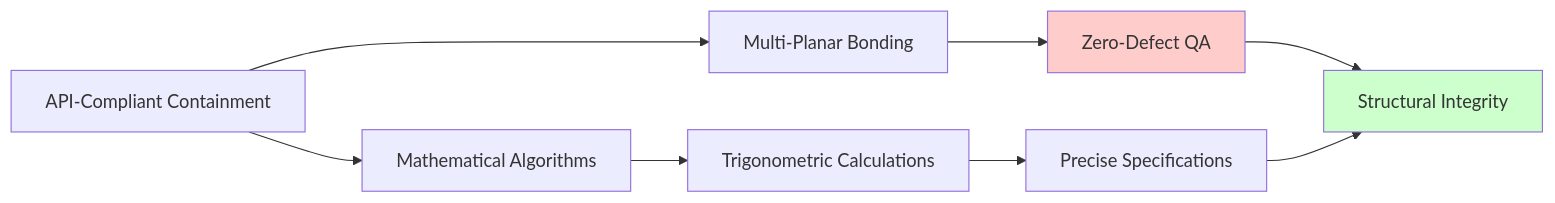
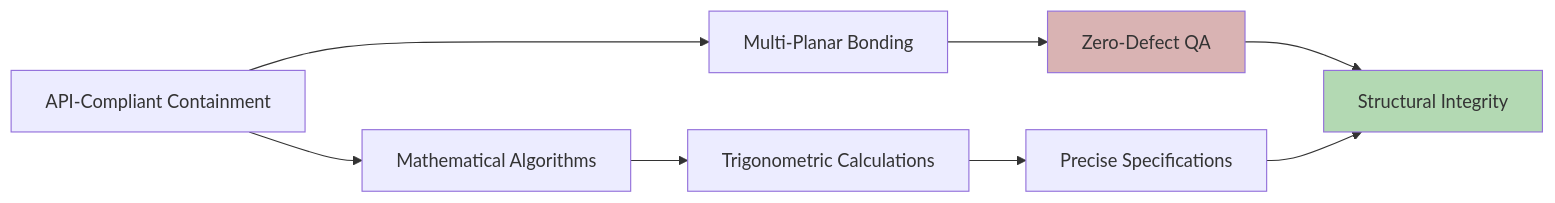
The third of 24 diagrams in README.md (Tim-Spurlin/RESUME-of-Timothy-Spurlin), drawn with Mermaid before and after one commit. The commit also changed other lines of this file, not shown here.

Commit message:
Replace bright Mermaid diagram colors with muted professional tones

````diff
--- a/README.md
+++ b/README.md
@@ -119,13 +119,13 @@
 ```mermaid
 graph LR
     A[API-Compliant Containment] --> B[Multi-Planar Bonding]
     B --> C[Zero-Defect QA]
     C --> D[Structural Integrity]
     A --> E[Mathematical Algorithms]
     E --> F[Trigonometric Calculations]
     F --> G[Precise Specifications]
     G --> D
     
-    style C fill:#ffcccc
-    style D fill:#ccffcc
+    style C fill:#d9b3b3
+    style D fill:#b3d9b3
 ```
````
